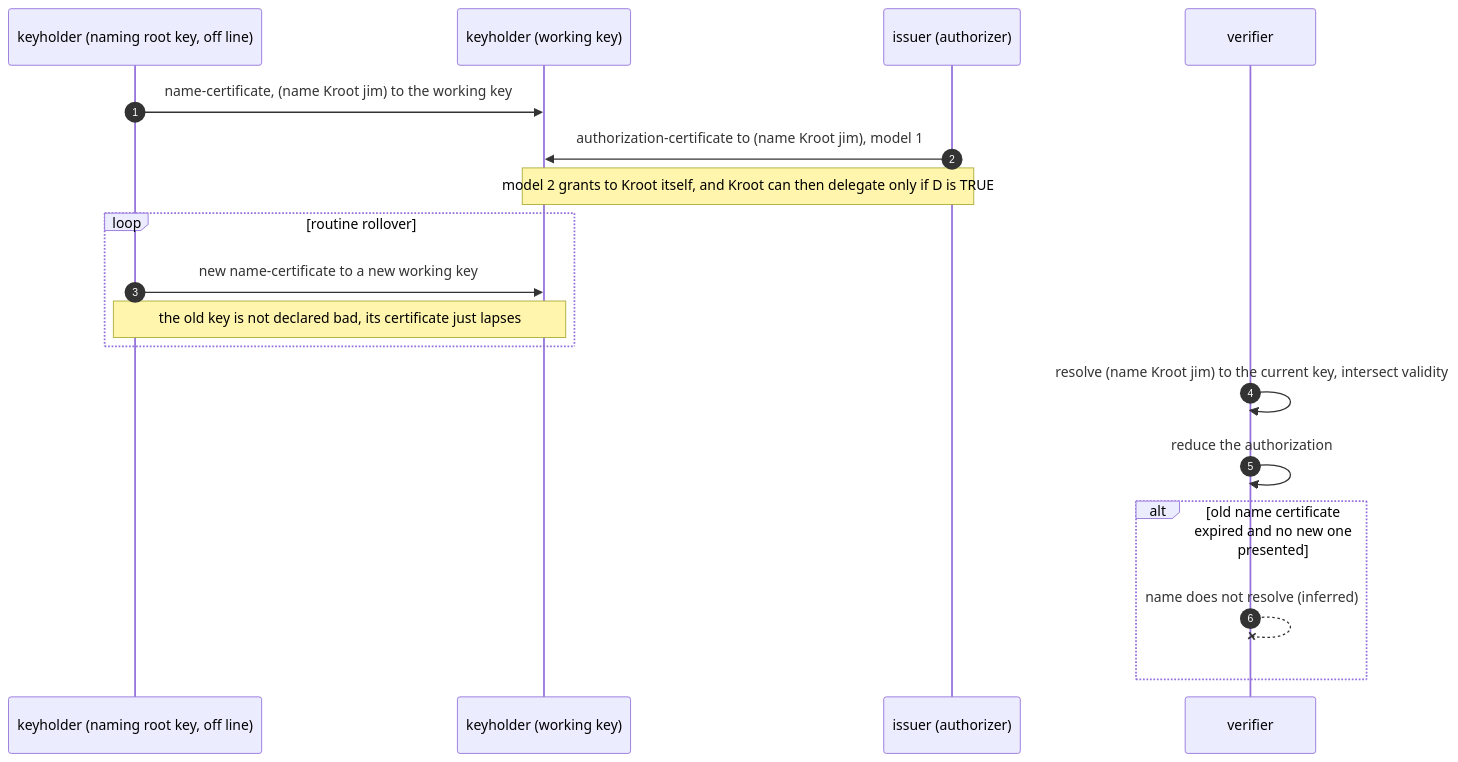
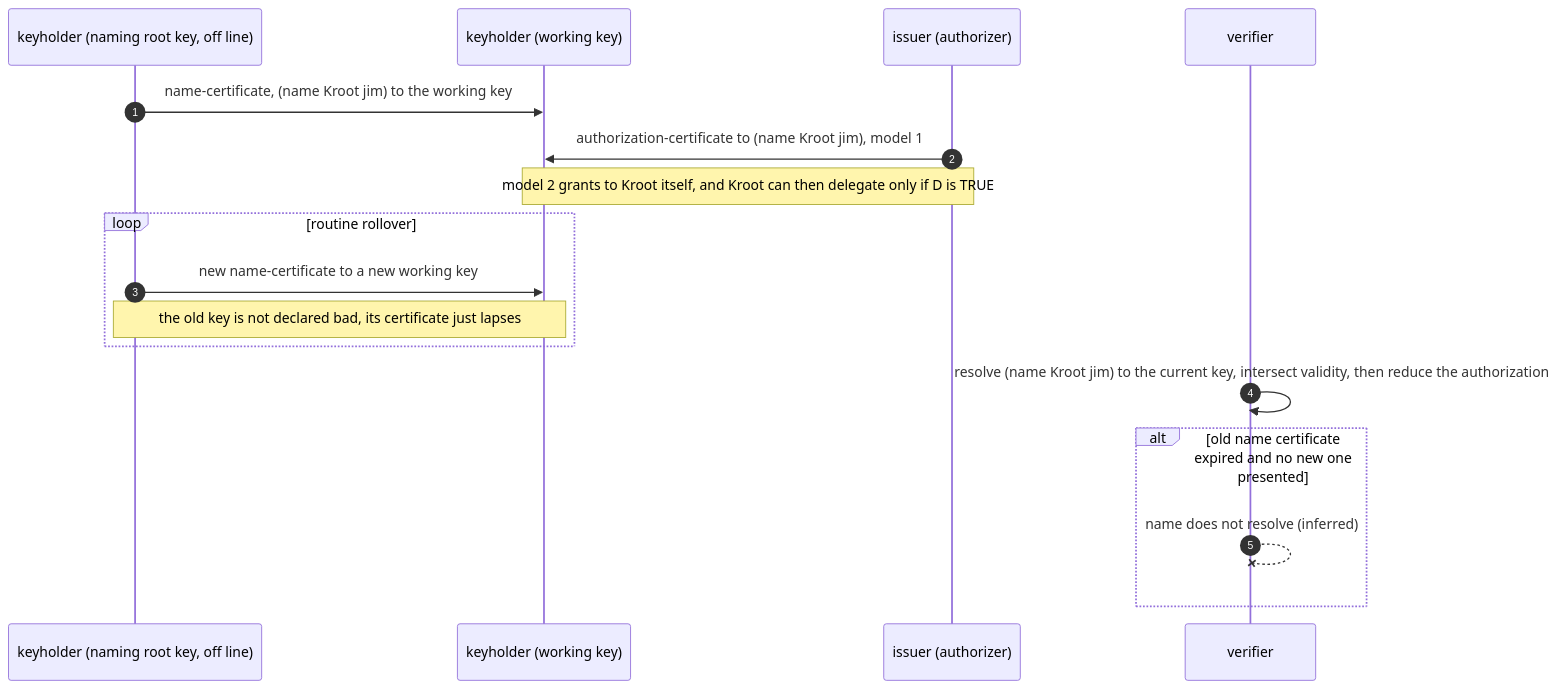
One commit to m-of-n/library changed diagram 12 of 25 in records/ietf/rfc-2693/distilled/protocol.md. Above: the diagram before and after it, drawn with Mermaid. The commit also changed other lines of this file and 8 other files, not shown here.

````diff
--- a/records/ietf/rfc-2693/distilled/protocol.md
+++ b/records/ietf/rfc-2693/distilled/protocol.md
@@ -477,20 +473,19 @@
 ```mermaid
 sequenceDiagram
   autonumber
   participant R as keyholder (naming root key, off line)
   participant W as keyholder (working key)
   participant I as issuer (authorizer)
   participant V as verifier
   R->>W: name-certificate, (name Kroot jim) to the working key
   I->>W: authorization-certificate to (name Kroot jim), model 1
   Note over I,W: model 2 grants to Kroot itself, and Kroot can then delegate only if D is TRUE
   loop routine rollover
     R->>W: new name-certificate to a new working key
     Note over R,W: the old key is not declared bad, its certificate just lapses
   end
-  V->>V: resolve (name Kroot jim) to the current key, intersect validity
-  V->>V: reduce the authorization
+  V->>V: resolve (name Kroot jim) to the current key, intersect validity, then reduce the authorization
   alt old name certificate expired and no new one presented
     V--xV: name does not resolve (inferred)
   end
 ```
````
